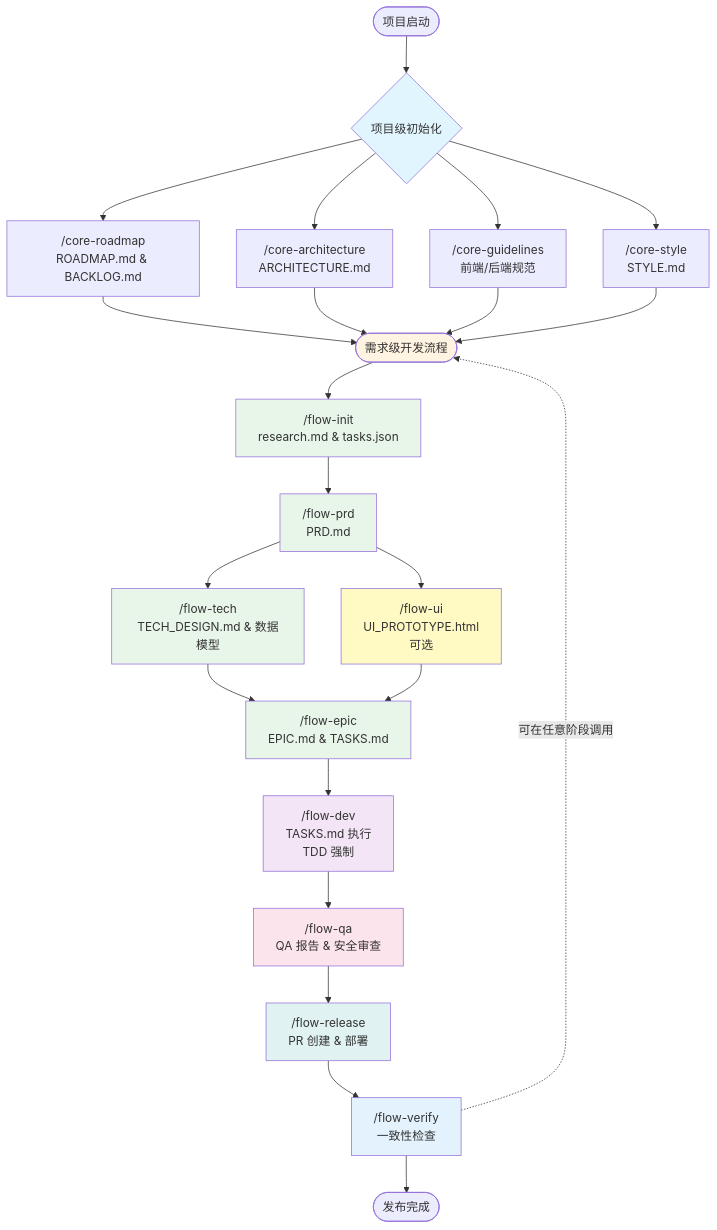
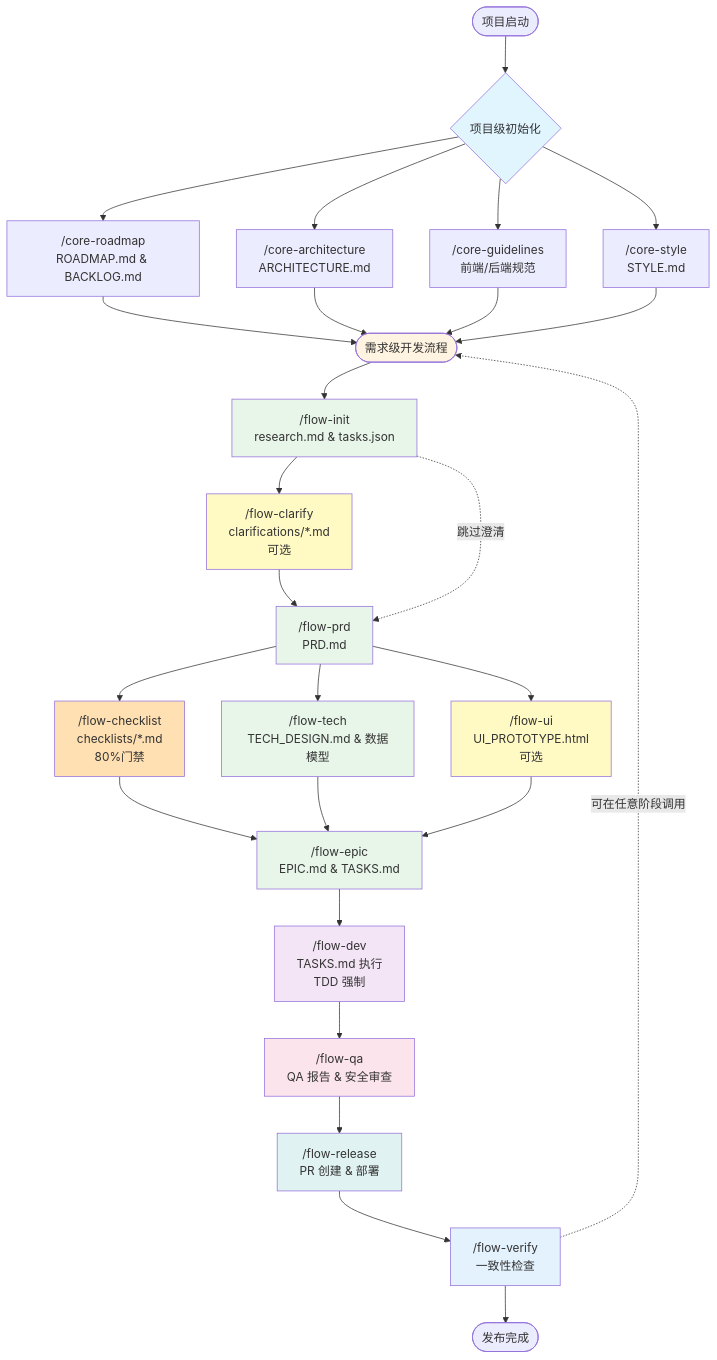
The diagram in README.zh-CN.md (Dimon94/cc-devflow), drawn with Mermaid before and after one commit. The commit also changed other lines of this file and 3 other files, not shown here.

First line of the commit message:
docs(REQ-002): add /flow-checklist references to flow-new documentation

````diff
--- a/README.zh-CN.md
+++ b/README.zh-CN.md
@@ -231,47 +235,53 @@
 ```mermaid
 graph TB
     Start([项目启动]) --> ProjectLevel{项目级初始化}
     
     ProjectLevel --> CoreRoadmap["/core-roadmap<br/>ROADMAP.md & BACKLOG.md"]
     ProjectLevel --> CoreArch["/core-architecture<br/>ARCHITECTURE.md"]
     ProjectLevel --> CoreGuidelines["/core-guidelines<br/>前端/后端规范"]
     ProjectLevel --> CoreStyle["/core-style<br/>STYLE.md"]
     
     CoreRoadmap --> ReqLevel
     CoreArch --> ReqLevel
     CoreGuidelines --> ReqLevel
     CoreStyle --> ReqLevel
     
     ReqLevel([需求级开发流程]) --> FlowInit["/flow-init<br/>research.md & tasks.json"]
     
-    FlowInit --> FlowPRD["/flow-prd<br/>PRD.md"]
+    FlowInit --> FlowClarify["/flow-clarify<br/>clarifications/*.md<br/>可选"]
+    FlowClarify --> FlowPRD["/flow-prd<br/>PRD.md"]
+    FlowInit -.->|跳过澄清| FlowPRD
+    FlowPRD --> FlowChecklist["/flow-checklist<br/>checklists/*.md<br/>80%门禁"]
     FlowPRD --> FlowTech["/flow-tech<br/>TECH_DESIGN.md & 数据模型"]
     FlowPRD --> FlowUI["/flow-ui<br/>UI_PROTOTYPE.html<br/>可选"]
-    
+
+    FlowChecklist --> FlowEpic
     FlowTech --> FlowEpic["/flow-epic<br/>EPIC.md & TASKS.md"]
     FlowUI --> FlowEpic
     
     FlowEpic --> FlowDev["/flow-dev<br/>TASKS.md 执行<br/>TDD 强制"]
     
     FlowDev --> FlowQA["/flow-qa<br/>QA 报告 & 安全审查"]
     
     FlowQA --> FlowRelease["/flow-release<br/>PR 创建 & 部署"]
     
     FlowRelease --> FlowVerify["/flow-verify<br/>一致性检查"]
     
     FlowVerify --> End([发布完成])
     
     FlowVerify -.->|可在任意阶段调用| ReqLevel
     
     style ProjectLevel fill:#e1f5ff
     style ReqLevel fill:#fff4e1
     style FlowInit fill:#e8f5e9
+    style FlowClarify fill:#fff9c4
     style FlowPRD fill:#e8f5e9
+    style FlowChecklist fill:#ffe0b2
     style FlowTech fill:#e8f5e9
     style FlowUI fill:#fff9c4
     style FlowEpic fill:#e8f5e9
     style FlowDev fill:#f3e5f5
     style FlowQA fill:#fce4ec
     style FlowRelease fill:#e0f2f1
     style FlowVerify fill:#e3f2fd
 ```
````
